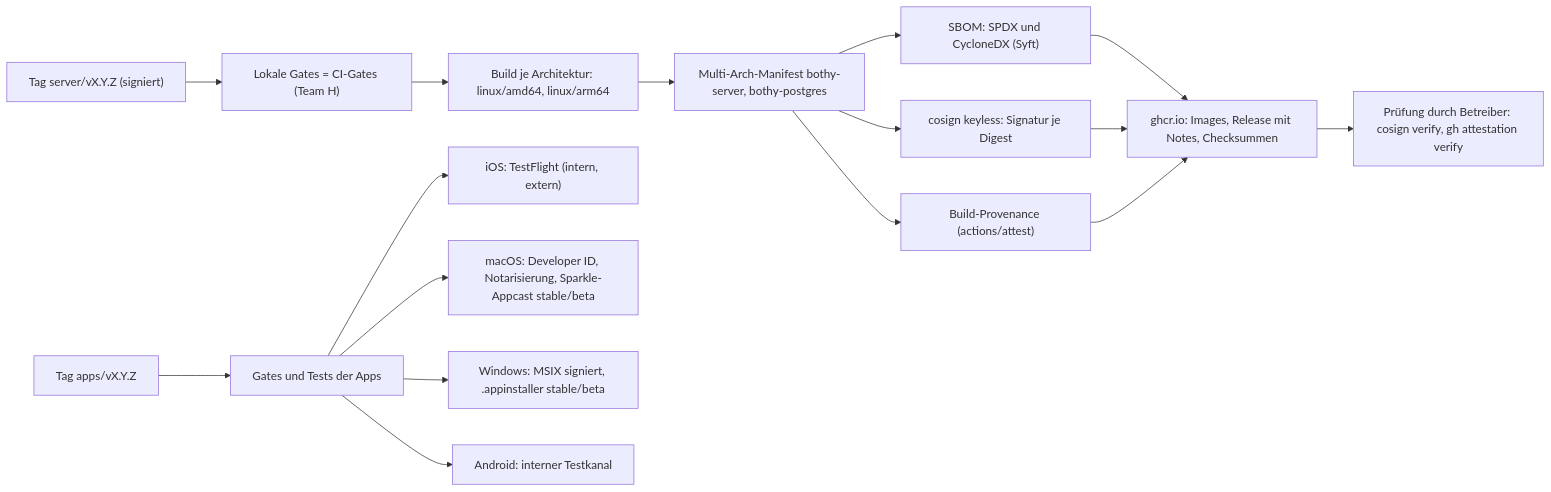
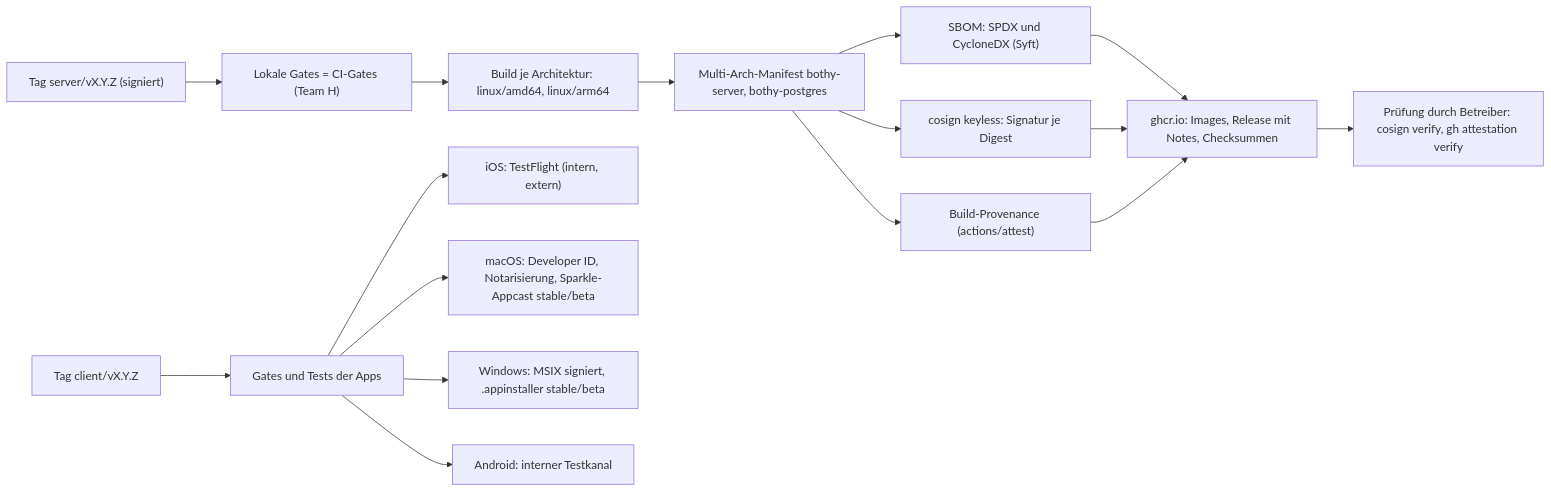
One commit to mguttmann/bothy changed the diagram in docs/operations/diagrams/release-pipeline.mmd. Above: the diagram before and after it, drawn with Mermaid. The commit also changed 33 other files, not shown here.

```diff
--- a/docs/operations/diagrams/release-pipeline.mmd
+++ b/docs/operations/diagrams/release-pipeline.mmd
@@ -1,17 +1,17 @@
 flowchart LR
     tag["Tag server/vX.Y.Z (signiert)"] --> gates["Lokale Gates = CI-Gates (Team H)"]
     gates --> build["Build je Architektur: linux/amd64, linux/arm64"]
     build --> manifest["Multi-Arch-Manifest bothy-server, bothy-postgres"]
     manifest --> sbom["SBOM: SPDX und CycloneDX (Syft)"]
     manifest --> sign["cosign keyless: Signatur je Digest"]
     manifest --> prov["Build-Provenance (actions/attest)"]
     sbom --> publish["ghcr.io: Images, Release mit Notes, Checksummen"]
     sign --> publish
     prov --> publish
     publish --> verify["Prüfung durch Betreiber: cosign verify, gh attestation verify"]
 
-    apptag["Tag apps/vX.Y.Z"] --> appgates["Gates und Tests der Apps"]
+    apptag["Tag client/vX.Y.Z"] --> appgates["Gates und Tests der Apps"]
     appgates --> ios["iOS: TestFlight (intern, extern)"]
     appgates --> mac["macOS: Developer ID, Notarisierung, Sparkle-Appcast stable/beta"]
     appgates --> win["Windows: MSIX signiert, .appinstaller stable/beta"]
     appgates --> android["Android: interner Testkanal"]
```
